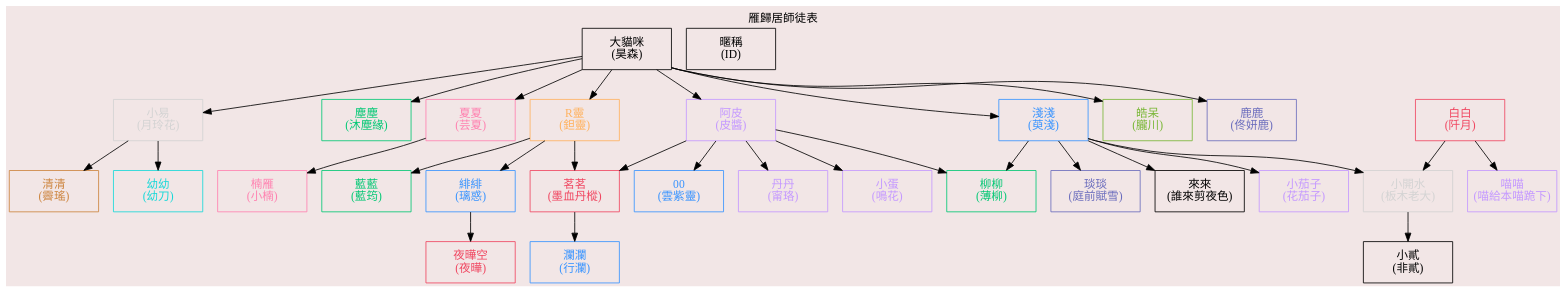
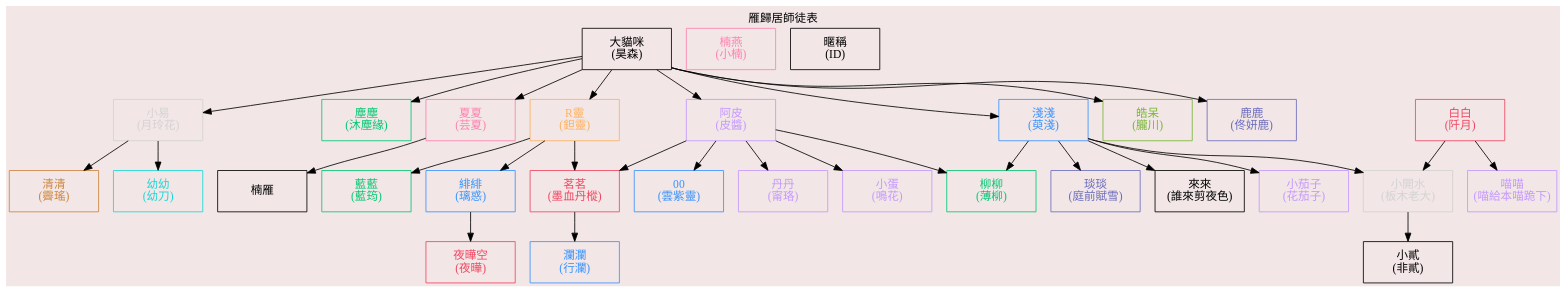
One commit to necro-wbj/- changed the first of 4 diagrams in README.md. Above: the diagram before and after it, drawn with Graphviz. The commit also changed 1 other file, not shown here.

Commit message:
修正楠燕名字錯字

````diff
--- a/README.md
+++ b/README.md
@@ -1,60 +1,60 @@
 ```dot
 digraph {
     bgcolor="#F2E6E6";
     label="雁歸居師徒表";
     labelloc="t";
     labeldistance=10;
     node[fontname="微軟正黑體",shape=box,fixedsize=true,height=0.7,width=1.5];
     //"帥氣的小姐姐"[label="帥氣的小姐姐\n(葬雪調)",color="#FF81B0",fontcolor="#FF81B0"]
     "大貓咪"[label="大貓咪\n(昊森)",color="black",fontcolor="black"]
     "藍藍"[label="藍藍\n(藍筠)",color="#02C874",fontcolor="#02C874"]
     "小易"[label="小易\n(月玲花)",color="lightgray",fontcolor="lightgray"]
     "清清"[label="清清\n(霽瑤)",color="#CD853F",fontcolor="#CD853F"]
     "幼幼"[label="幼幼\n(幼刀)",color="#16D8D8",fontcolor="#16D8D8"]
     "塵塵"[label="塵塵\n(沐塵緣)",color="#02C874",fontcolor="#02C874"]
     //"羊肉爐"[label="羊肉爐\n(墨曲紫濤)",color="#16D8D8",fontcolor="#16D8D8"]
     "柳柳"[label="柳柳\n(薄柳)",color="#02C874",fontcolor="#02C874"]
     //"小九"[label="小九\n(柳朔方)",color="#6A6CBD",fontcolor="#6A6CBD"]
     "夏夏"[label="夏夏\n(芸夏)",color="#FF81B0",fontcolor="#FF81B0"]
     "R靈"[label="R靈\n(鉭靈)",color="#FFB25F",fontcolor="#FFB25F"]
     "白白"[label="白白\n(阡月)",color="#F04660",fontcolor="#F04660"]
     //"R涼"[label="R涼\n(涼宸)",color="#16D8D8",fontcolor="#16D8D8"]
     "阿皮"[label="阿皮\n(皮醬)",color="#C498FF",fontcolor="#C498FF"]
     "00"[label="00\n(雲紫靈)",color="#3793FF",fontcolor="#3793FF"]
     //"小天"[label="小天\n(傲凌雲濤)",color="black",fontcolor="black"]
     "淺淺"[label="淺淺\n(萸淺)",color="#3793FF",fontcolor="#3793FF"]
     //"小貓貓"[label="小貓貓\n(貓尾蝶)",color="lightgray",fontcolor="lightgray"]
     "緋緋"[label="緋緋\n(璃惑)",color="#3793FF",fontcolor="#3793FF"]
     "皓呆"[label="皓呆\n(朧川)",color="#79B736",fontcolor="#79B736"]
     "瀾瀾"[label="瀾瀾\n(行瀾)",color="#3793FF",fontcolor="#3793FF"]
     //"阿夜"[label="阿夜\n(長孫雪夜)",color="#B43C00",fontcolor="#B43C00"]
     //"梨子"[label="梨子\n(蘇沐)",color="#FF81B0",fontcolor="#FF81B0"]
     "小開水"[label="小開水\n(板木老大)",color="lightgray",fontcolor="lightgray"]
     "茗茗"[label="茗茗\n(墨血丹樅)",color="#F04660",fontcolor="#F04660"]
     "丹丹"[label="丹丹\n(甯珞)",color="#C498FF",fontcolor="#C498FF"]
-    "楠雁"[label="楠雁\n(小楠)",color="#FF81B0",fontcolor="#FF81B0"]
+    "楠燕"[label="楠燕\n(小楠)",color="#FF81B0",fontcolor="#FF81B0"]
     "琰琰"[label="琰琰\n(庭前賦雪)",color="#6A6CBD",fontcolor="#6A6CBD"]
     //"仟仟"[label="仟仟\n(上雨知弦)",color="black",fontcolor="black"]
     "小貳"[label="小貳\n(非貳)",color="black",fontcolor="black"]
     //"73"[label="73\n(青衫不改去年)",color="black",fontcolor="black"]
     "夜曄空"[label="夜曄空\n(夜曄)",color="#F04660",fontcolor="#F04660"]
     "鹿鹿"[label="鹿鹿\n(佟妍鹿)",color="#6A6CBD",fontcolor="#6A6CBD"]
     "來來"[label="來來\n(誰來剪夜色)",color="black",fontcolor="black"]
     "小茄子"[label="小茄子\n(花茄子)",color="#C498FF",fontcolor="#C498FF"]
     "小蛋"[label="小蛋\n(鳴花)",color="#C498FF",fontcolor="#C498FF"]
     "喵喵"[label="喵喵\n(喵給本喵跪下)",color="#C498FF",fontcolor="#C498FF"]
 
     {rank = same;大貓咪 "暱稱\n(ID)"}
     大貓咪->{R靈 阿皮 小易 夏夏 塵塵 淺淺 皓呆 鹿鹿}
     淺淺->{琰琰 柳柳 來來 小茄子}
     {白白 淺淺}->小開水
     白白->{喵喵}
     小易->{清清 幼幼}
     阿皮->{00 柳柳 茗茗 丹丹 小蛋}
     R靈->{藍藍 緋緋 茗茗}
     茗茗->{瀾瀾}
     緋緋->{夜曄空}
     夏夏->{楠雁}
     小開水->{小貳}
 }
 ```
````
